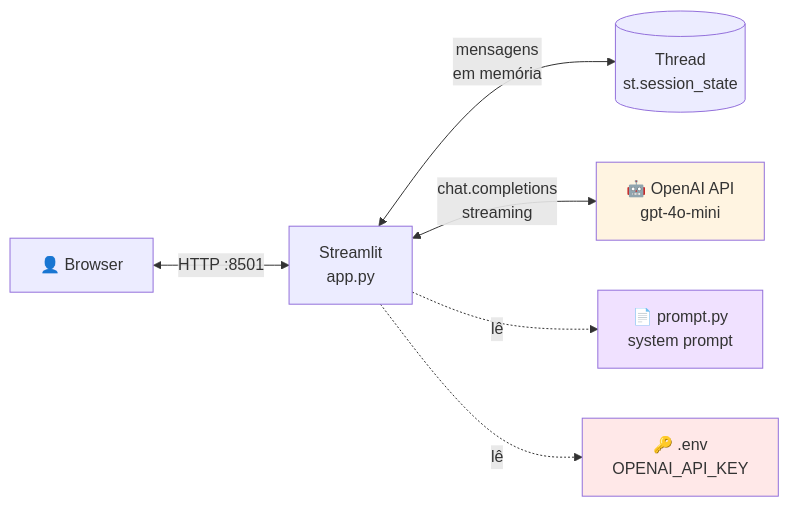
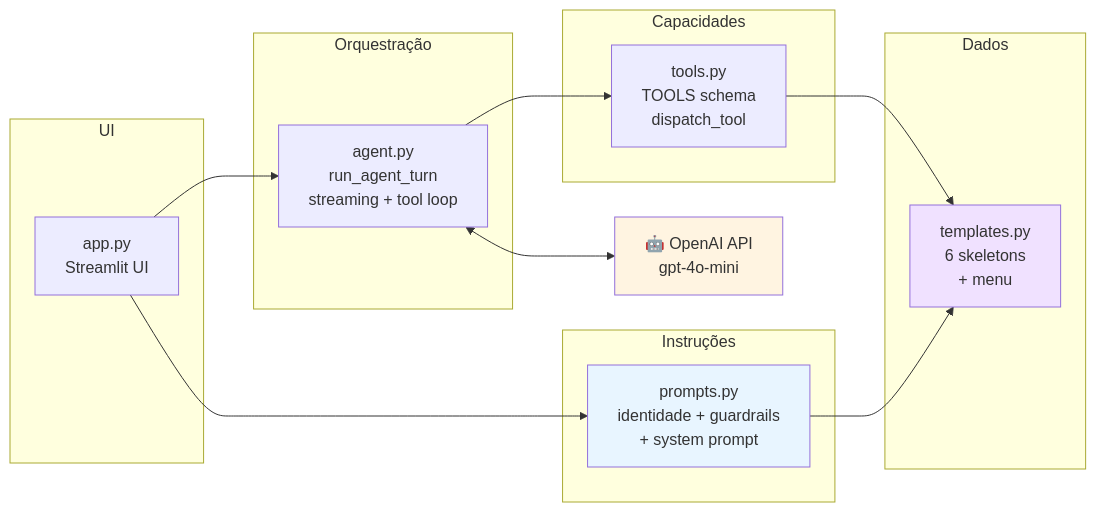
One commit to LuisErlacher/fundamentos-ia-generativa changed the second of 2 diagrams in README.md. Above: the diagram before and after it, drawn with Mermaid. The commit also changed other lines of this file and 7 other files, not shown here.

First line of the commit message:
feat: arquitetura modular com tool calling, identidade Solaris e guardrails

````diff
--- a/README.md
+++ b/README.md
@@ -44,12 +56,30 @@
 ```mermaid
 graph LR
-    U[👤 Browser] <-->|HTTP :8501| S[Streamlit<br/>app.py]
-    S <-->|mensagens<br/>em memória| TH[(Thread<br/>st.session_state)]
-    S <-->|chat.completions<br/>streaming| API[🤖 OpenAI API<br/>gpt-4o-mini]
-    S -.lê.-> SP[📄 prompt.py<br/>system prompt]
-    S -.lê.-> ENV[🔑 .env<br/>OPENAI_API_KEY]
+    subgraph UI
+        APP[app.py<br/>Streamlit UI]
+    end
+    subgraph Orquestração
+        AGENT[agent.py<br/>run_agent_turn<br/>streaming + tool loop]
+    end
+    subgraph Capacidades
+        TOOLS[tools.py<br/>TOOLS schema<br/>dispatch_tool]
+    end
+    subgraph Dados
+        TPL[templates.py<br/>6 skeletons<br/>+ menu]
+    end
+    subgraph Instruções
+        PRM[prompts.py<br/>identidade + guardrails<br/>+ system prompt]
+    end
+    API[🤖 OpenAI API<br/>gpt-4o-mini]
+
+    APP --> AGENT
+    APP --> PRM
+    AGENT --> TOOLS
+    AGENT <--> API
+    TOOLS --> TPL
+    PRM --> TPL
 
     style API fill:#fff4e1
-    style SP fill:#f0e1ff
-    style ENV fill:#ffe8e8
+    style TPL fill:#f0e1ff
+    style PRM fill:#e8f5ff
 ```
````
